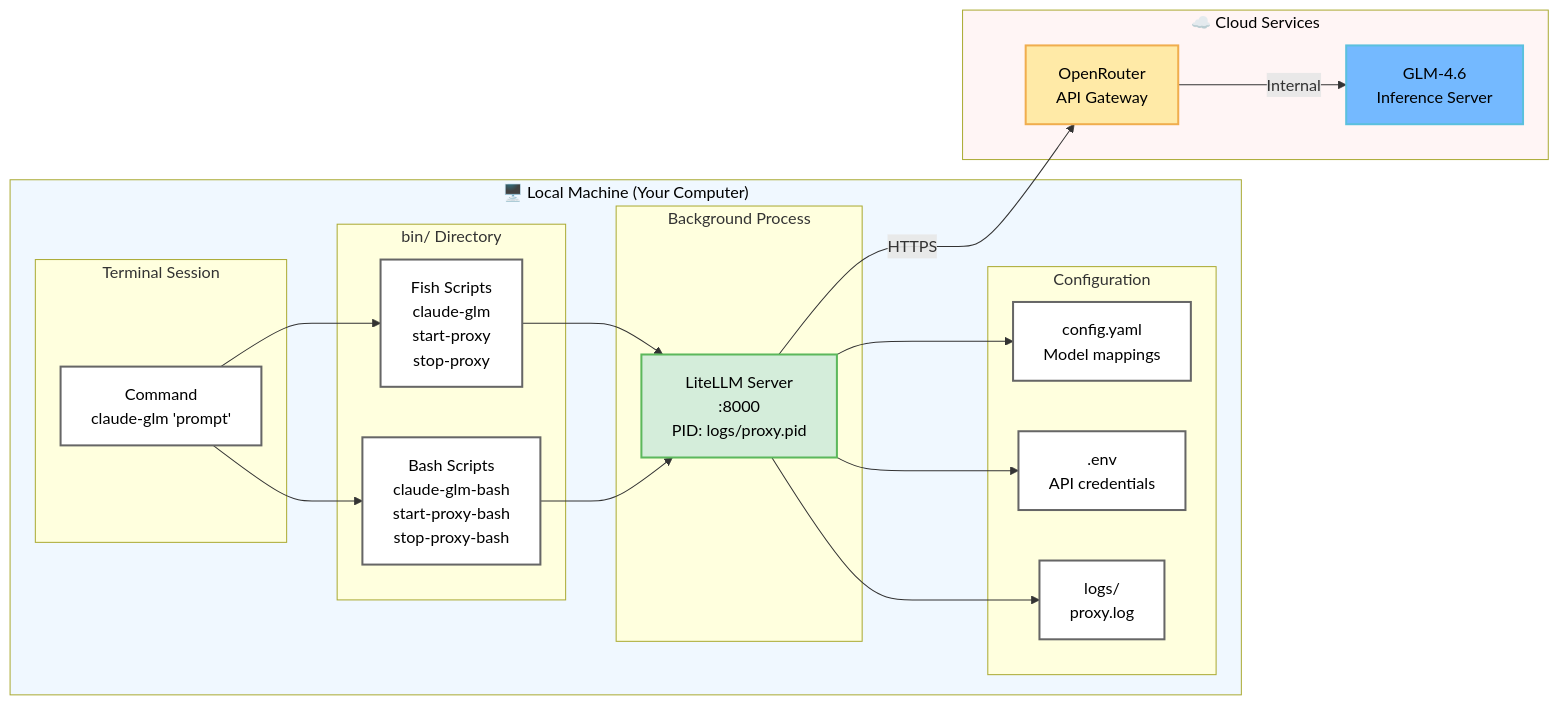
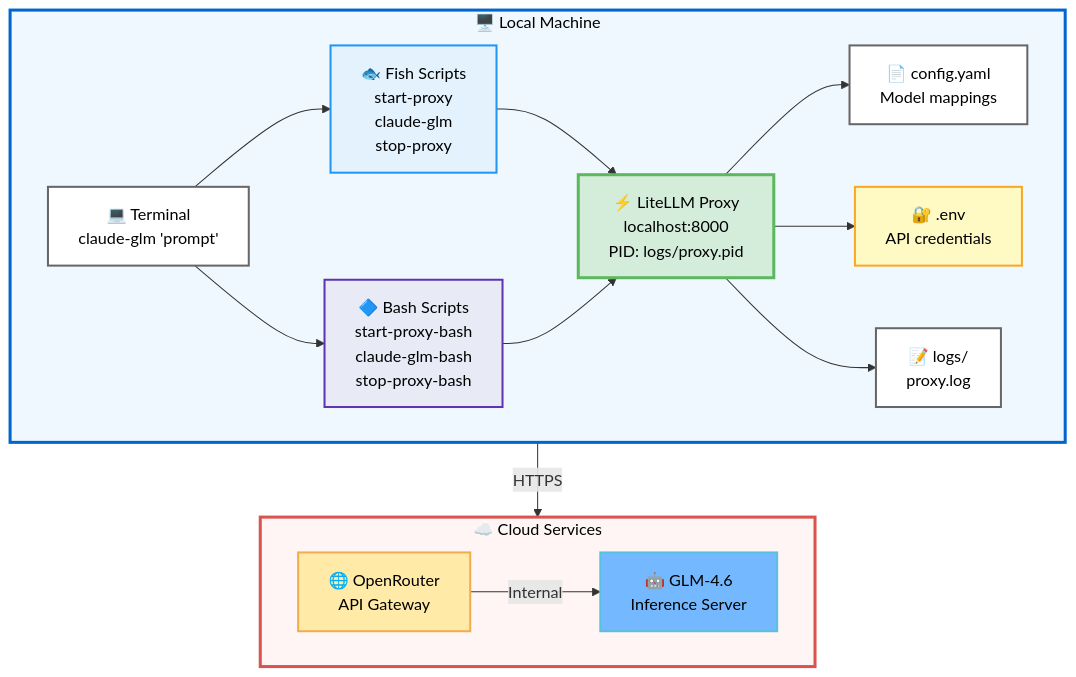
Before and after one commit to arkaigrowth/glm-proxy: the third of 4 diagrams in README.md, drawn with Mermaid.

Commit message:
Fix Component Deployment diagram header obstruction
- Removed nested subgraphs causing header overlap
- Changed to TB layout with LR direction inside subgraphs
- Flattened structure: all nodes at same level within Local/Cloud
- Enhanced visual hierarchy with emojis and color coding
- Fish (blue) vs Bash (purple) scripts clearly differentiated
- Thicker borders on main groupings for clarity
- All text remains black for readability

Fixes 'Local Machine' header being obstructed by inner boxes.

🤖 Generated with Claude Code

````diff
--- a/README.md
+++ b/README.md
@@ -128,50 +128,41 @@
 ```mermaid
-graph LR
-    subgraph Local["🖥️ Local Machine (Your Computer)"]
-        subgraph Shell["Terminal Session"]
-            CMD[Command<br/>claude-glm 'prompt']
-        end
-
-        subgraph Scripts["bin/ Directory"]
-            Fish[Fish Scripts<br/>claude-glm<br/>start-proxy<br/>stop-proxy]
-            Bash[Bash Scripts<br/>claude-glm-bash<br/>start-proxy-bash<br/>stop-proxy-bash]
-        end
-
-        subgraph Runtime["Background Process"]
-            Lit[LiteLLM Server<br/>:8000<br/>PID: logs/proxy.pid]
-        end
-
-        subgraph Storage["Configuration"]
-            YML[config.yaml<br/>Model mappings]
-            ENV[.env<br/>API credentials]
-            LOG[logs/<br/>proxy.log]
-        end
+graph TB
+    subgraph Local["🖥️ Local Machine"]
+        direction LR
+        CMD["💻 Terminal<br/>claude-glm 'prompt'"]
+        Fish["🐟 Fish Scripts<br/>start-proxy<br/>claude-glm<br/>stop-proxy"]
+        Bash["🔷 Bash Scripts<br/>start-proxy-bash<br/>claude-glm-bash<br/>stop-proxy-bash"]
+        Lit["⚡ LiteLLM Proxy<br/>localhost:8000<br/>PID: logs/proxy.pid"]
+        YML["📄 config.yaml<br/>Model mappings"]
+        ENV["🔐 .env<br/>API credentials"]
+        LOG["📝 logs/<br/>proxy.log"]
     end
 
     subgraph Cloud["☁️ Cloud Services"]
-        Router[OpenRouter<br/>API Gateway]
-        Model[GLM-4.6<br/>Inference Server]
+        direction LR
+        Router["🌐 OpenRouter<br/>API Gateway"]
+        Model["🤖 GLM-4.6<br/>Inference Server"]
     end
 
     CMD --> Fish
     CMD --> Bash
     Fish --> Lit
     Bash --> Lit
     Lit --> YML
     Lit --> ENV
     Lit --> LOG
     Lit -->|HTTPS| Router
     Router -->|Internal| Model
 
-    style Local fill:#f0f8ff,color:#000
-    style Cloud fill:#fff5f5,color:#000
+    style Local fill:#f0f8ff,stroke:#0066cc,stroke-width:3px,color:#000
+    style Cloud fill:#fff5f5,stroke:#d9534f,stroke-width:3px,color:#000
     style CMD fill:#fff,stroke:#666,stroke-width:2px,color:#000
-    style Fish fill:#fff,stroke:#666,stroke-width:2px,color:#000
-    style Bash fill:#fff,stroke:#666,stroke-width:2px,color:#000
-    style Lit fill:#d4edda,stroke:#5cb85c,stroke-width:2px,color:#000
+    style Fish fill:#e3f2fd,stroke:#2196f3,stroke-width:2px,color:#000
+    style Bash fill:#e8eaf6,stroke:#5e35b1,stroke-width:2px,color:#000
+    style Lit fill:#d4edda,stroke:#5cb85c,stroke-width:3px,color:#000
     style YML fill:#fff,stroke:#666,stroke-width:2px,color:#000
-    style ENV fill:#fff,stroke:#666,stroke-width:2px,color:#000
+    style ENV fill:#fff9c4,stroke:#f9a825,stroke-width:2px,color:#000
     style LOG fill:#fff,stroke:#666,stroke-width:2px,color:#000
     style Router fill:#ffeaa7,stroke:#f0ad4e,stroke-width:2px,color:#000
     style Model fill:#74b9ff,stroke:#5bc0de,stroke-width:2px,color:#000
 ```
````
